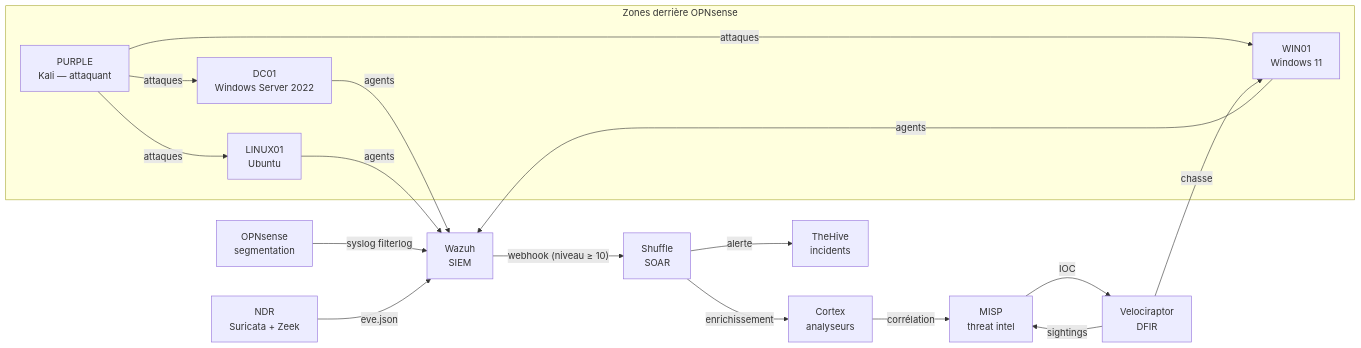
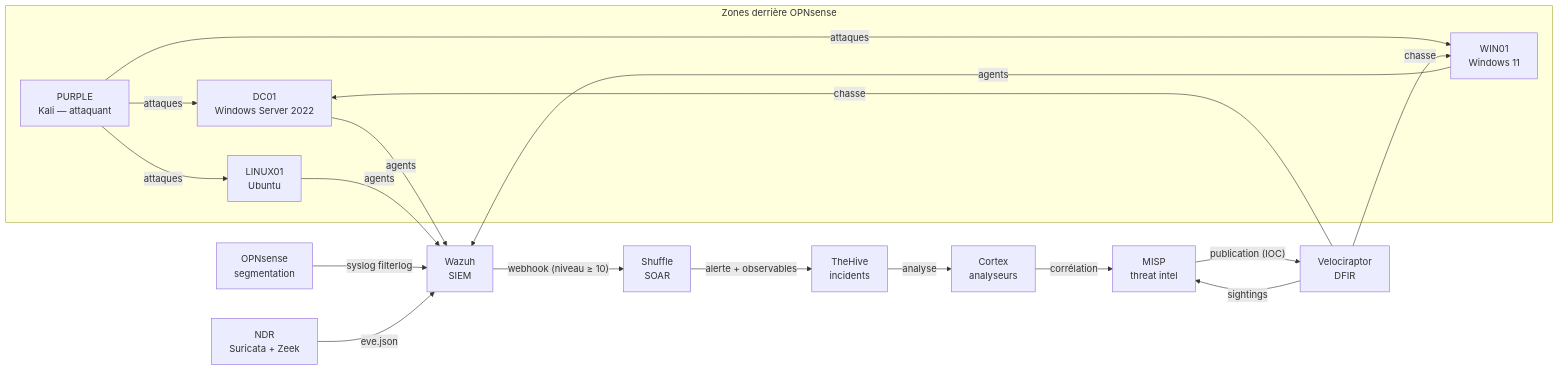
Before and after one commit to omarbabba779xx/soc-detection-lab: the diagram in README.md, drawn with Mermaid. The commit also changed other lines of this file and 11 other files, not shown here.

````diff
--- a/README.md
+++ b/README.md
@@ -15,29 +15,29 @@
 ```mermaid
 flowchart LR
     subgraph ZONES["Zones derrière OPNsense"]
         PURPLE["PURPLE<br/>Kali — attaquant"]
         DC01["DC01<br/>Windows Server 2022"]
         WIN01["WIN01<br/>Windows 11"]
         LINUX01["LINUX01<br/>Ubuntu"]
     end
     FW["OPNsense<br/>segmentation"]
     NDR["NDR<br/>Suricata + Zeek"]
     WAZUH["Wazuh<br/>SIEM"]
     SHUFFLE["Shuffle<br/>SOAR"]
     THEHIVE["TheHive<br/>incidents"]
     CORTEX["Cortex<br/>analyseurs"]
     MISP["MISP<br/>threat intel"]
     VELO["Velociraptor<br/>DFIR"]
 
     PURPLE -- attaques --> DC01 & WIN01 & LINUX01
     DC01 & WIN01 & LINUX01 -- agents --> WAZUH
     FW -- syslog filterlog --> WAZUH
     NDR -- eve.json --> WAZUH
     WAZUH -- "webhook (niveau ≥ 10)" --> SHUFFLE
-    SHUFFLE -- alerte --> THEHIVE
-    SHUFFLE -- enrichissement --> CORTEX
+    SHUFFLE -- "alerte + observables" --> THEHIVE
+    THEHIVE -- analyse --> CORTEX
     CORTEX -- corrélation --> MISP
-    MISP -- IOC --> VELO
+    MISP -- "publication (IOC)" --> VELO
     VELO -- sightings --> MISP
-    VELO -- chasse --> WIN01
+    VELO -- chasse --> DC01 & WIN01
 ```
````
